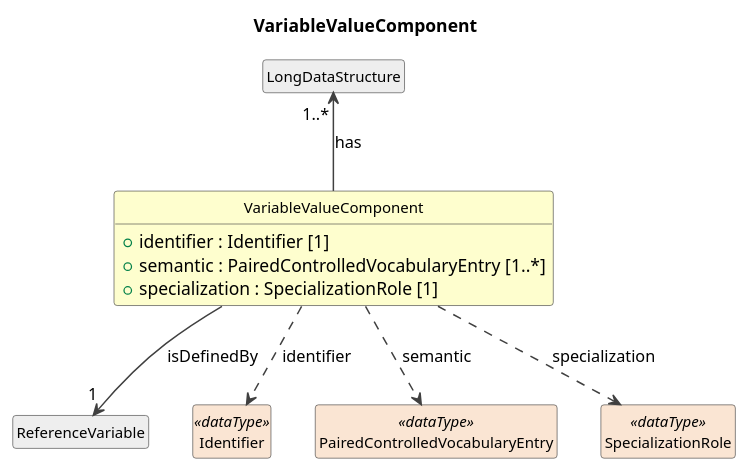
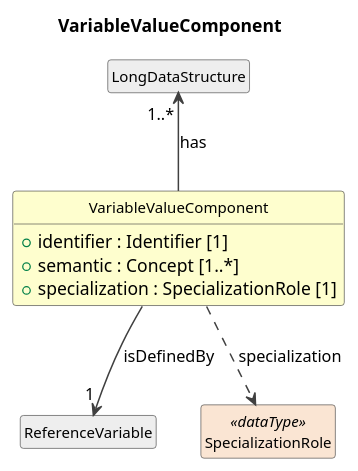
One commit to Cross-Domain-Interoperability-Framework/metadataBuildingBlocks changed the diagram in build/field-level-documentation/CDIFDataStructure/Classes/VariableValueComponent.pu. Above: the diagram before and after it, drawn with PlantUML. The commit also changed 237 other files, not shown here.

```diff
--- a/build/field-level-documentation/CDIFDataStructure/Classes/VariableValueComponent.pu
+++ b/build/field-level-documentation/CDIFDataStructure/Classes/VariableValueComponent.pu
@@ -1,29 +1,25 @@
 @startuml
 title VariableValueComponent
 hide circle
 hide empty members
 skinparam shadowing false
 skinparam ArrowThickness 1.2
 skinparam class {
   ArrowColor #404040
   BorderColor #404040
   FontSize 12
 }
 
 class "VariableValueComponent" as VariableValueComponent #FEFECE {
   +identifier : Identifier [1]
-  +semantic : PairedControlledVocabularyEntry [1..*]
+  +semantic : Concept [1..*]
   +specialization : SpecializationRole [1]
 }
 class "LongDataStructure" as LongDataStructure #EEEEEE
 LongDataStructure "1..*" <-- VariableValueComponent : has
 class "ReferenceVariable" as ReferenceVariable #EEEEEE
 VariableValueComponent --> "1" ReferenceVariable : isDefinedBy
-class "Identifier" as Identifier <<dataType>> #FAE5D3
-VariableValueComponent ..> Identifier : identifier
-class "PairedControlledVocabularyEntry" as PairedControlledVocabularyEntry <<dataType>> #FAE5D3
-VariableValueComponent ..> PairedControlledVocabularyEntry : semantic
 class "SpecializationRole" as SpecializationRole <<dataType>> #FAE5D3
 VariableValueComponent ..> SpecializationRole : specialization
 
 @enduml
```
